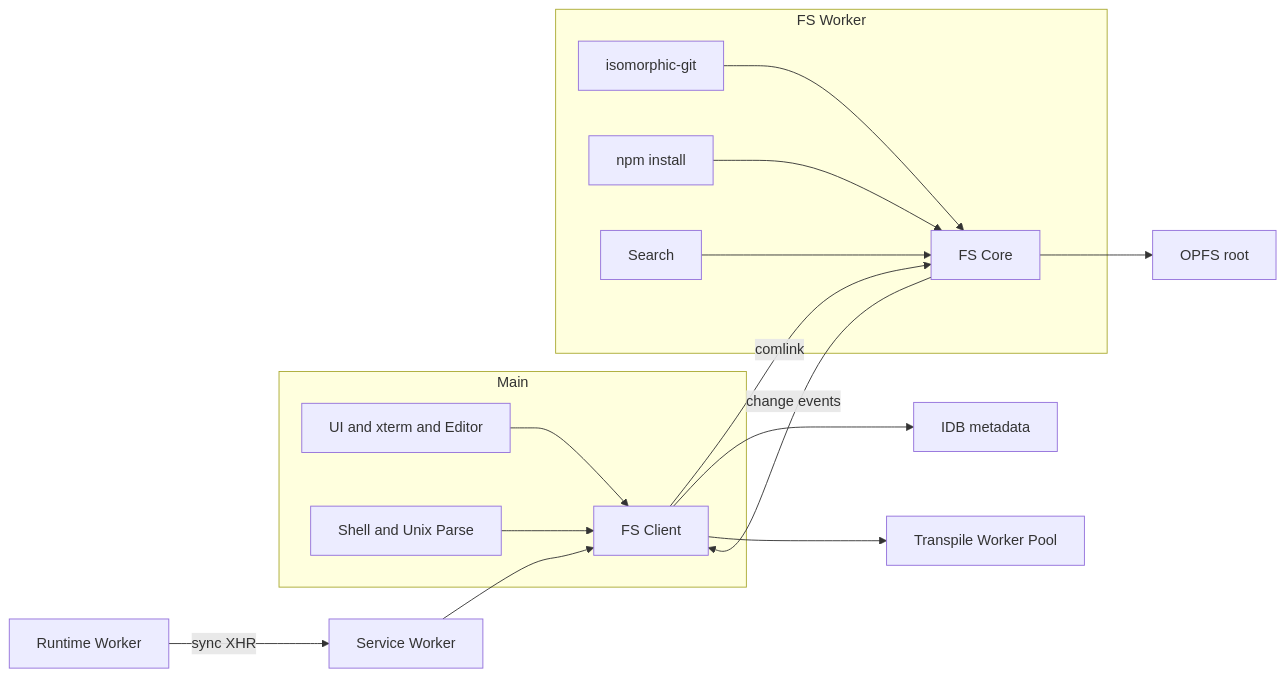
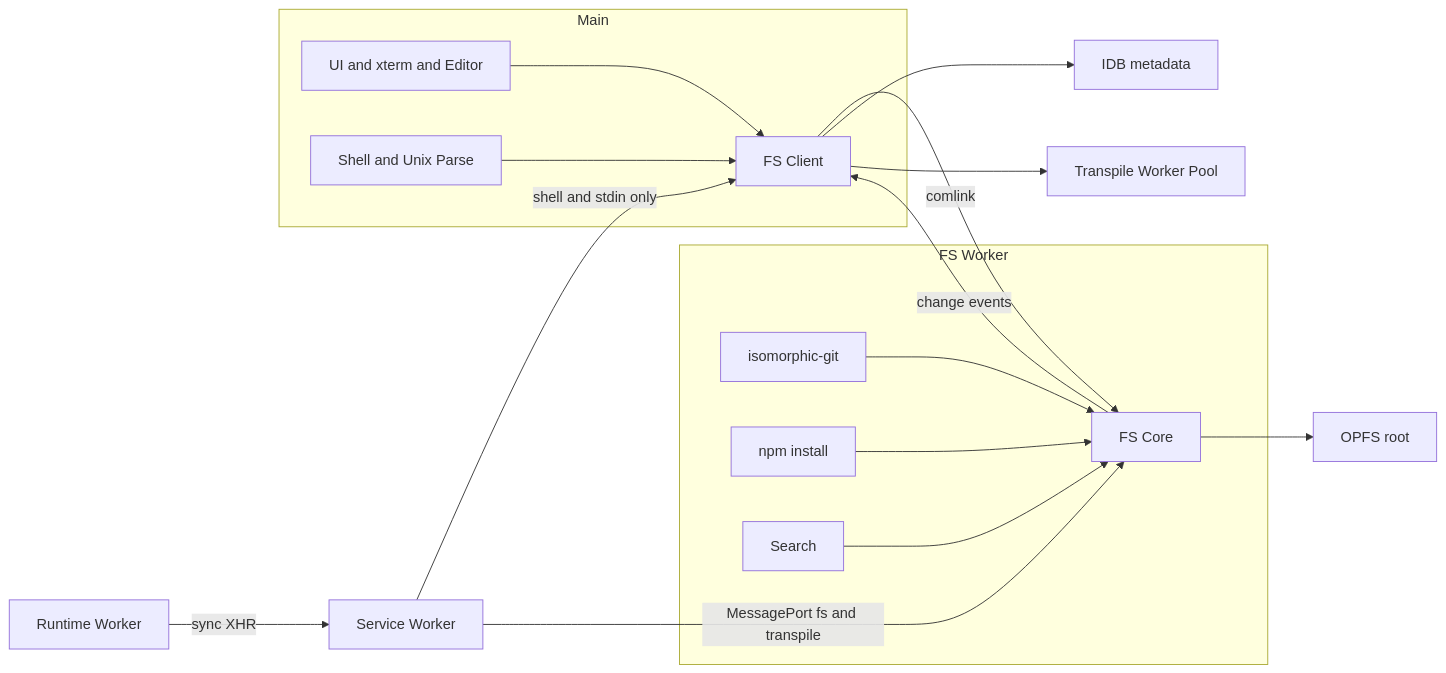
One commit to Stasshe/Pyxis-CodeCanvas changed the diagram in docs/plan/opfs-migration.md. Above: the diagram before and after it, drawn with Mermaid. The commit also changed other lines of this file, not shown here.

````diff
--- a/docs/plan/opfs-migration.md
+++ b/docs/plan/opfs-migration.md
@@ -7,29 +7,30 @@
 ```mermaid
 graph LR
   subgraph Main
     UI[UI and xterm and Editor]
     Cmd[Shell and Unix Parse]
     Client[FS Client]
   end
   subgraph FSWorker[FS Worker]
     FSCore[FS Core]
     Git[isomorphic-git]
     Npm[npm install]
     Search[Search]
   end
   RT[Runtime Worker]
   TP[Transpile Worker Pool]
   SW[Service Worker]
   UI --> Client
   Cmd --> Client
   Client -->|comlink| FSCore
   Git --> FSCore
   Npm --> FSCore
   Search --> FSCore
   FSCore --> OPFS[OPFS root]
   FSCore -->|change events| Client
   Client --> Meta[IDB metadata]
   RT -->|sync XHR| SW
-  SW --> Client
+  SW -->|MessagePort fs and transpile| FSCore
+  SW -->|shell and stdin only| Client
   Client --> TP
 ```
````
